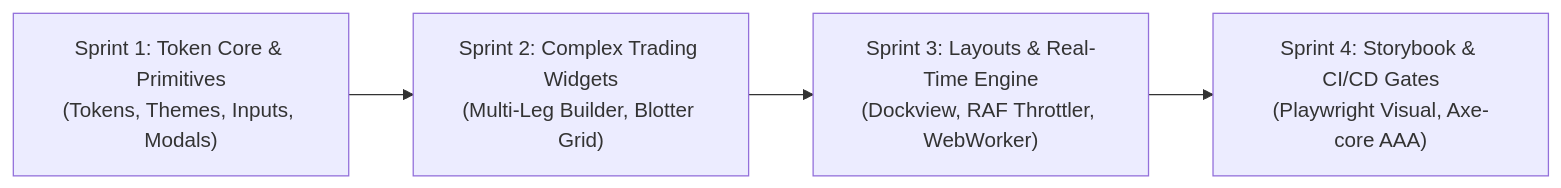
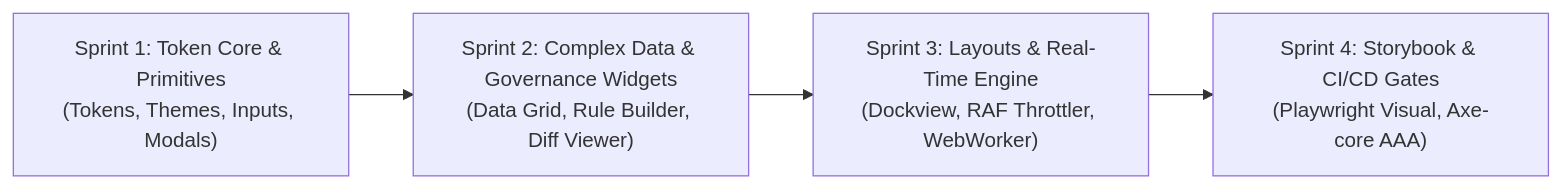
Before and after one commit to lakhwindersingh/nb_fairyfly: the fourth of 4 diagrams in .nb/plan/master/enterprise-ui-design-system/detailed.md, drawn with Mermaid. The commit also changed other lines of this file and 25 other files, not shown here.

````diff
--- a/.nb/plan/master/enterprise-ui-design-system/detailed.md
+++ b/.nb/plan/master/enterprise-ui-design-system/detailed.md
@@ -445,9 +445,9 @@
 ```mermaid
 flowchart LR
   S1["Sprint 1: Token Core & Primitives<br/>(Tokens, Themes, Inputs, Modals)"]
-  S2["Sprint 2: Complex Trading Widgets<br/>(Multi-Leg Builder, Blotter Grid)"]
+  S2["Sprint 2: Complex Data & Governance Widgets<br/>(Data Grid, Rule Builder, Diff Viewer)"]
   S3["Sprint 3: Layouts & Real-Time Engine<br/>(Dockview, RAF Throttler, WebWorker)"]
   S4["Sprint 4: Storybook & CI/CD Gates<br/>(Playwright Visual, Axe-core AAA)"]
 
   S1 --> S2 --> S3 --> S4
 ```
````
